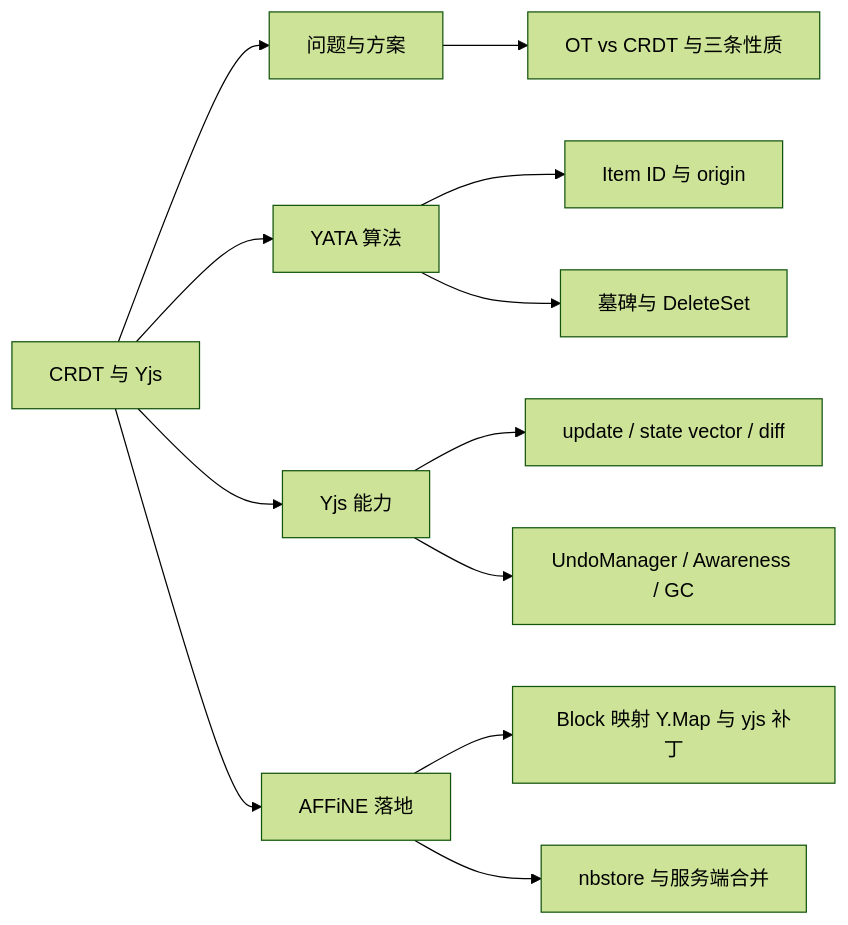
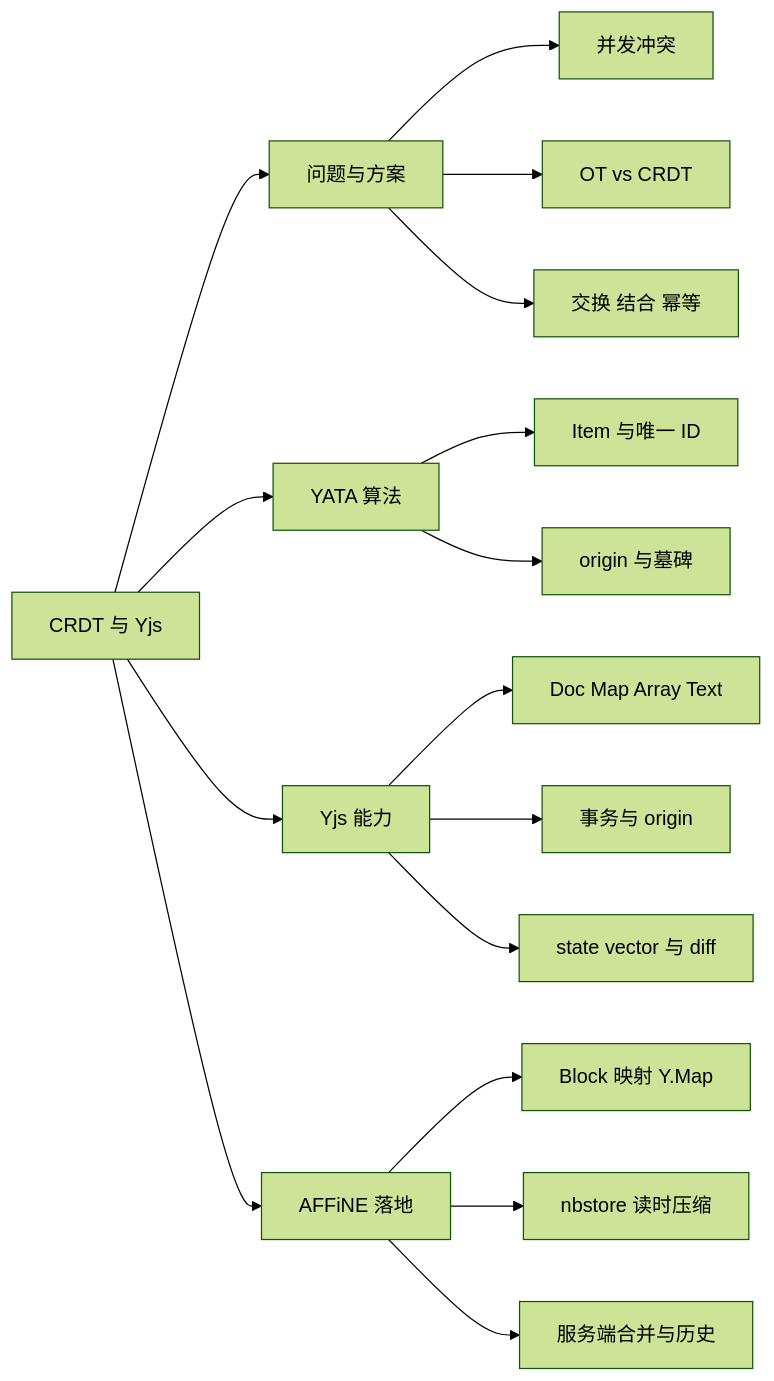
Before and after one commit to lfire/AFFiNE: the first of 6 diagrams in learning-guide/slides/decks/08.md, drawn with Mermaid (forest theme). The commit also changed other lines of this file and 46 other files, not shown here.

````diff
--- a/learning-guide/slides/decks/08.md
+++ b/learning-guide/slides/decks/08.md
@@ -44,14 +33,18 @@
 ```mermaid
 flowchart LR
-  Root[CRDT 与 Yjs] --> P[问题与方案]
-  Root --> Y[YATA 算法]
-  Root --> J[Yjs 能力]
-  Root --> F[AFFiNE 落地]
-  P --> P1["OT vs CRDT 与三条性质"]
-  Y --> Y1["Item ID 与 origin"]
-  Y --> Y2["墓碑与 DeleteSet"]
-  J --> J1["update / state vector / diff"]
-  J --> J2["UndoManager / Awareness / GC"]
-  F --> F1["Block 映射 Y.Map 与 yjs 补丁"]
-  F --> F3["nbstore 与服务端合并"]
+  ROOT["CRDT 与 Yjs"] --> P["问题与方案"]
+  ROOT --> Y["YATA 算法"]
+  ROOT --> API["Yjs 能力"]
+  ROOT --> AF["AFFiNE 落地"]
+  P --> P1["并发冲突"]
+  P --> P2["OT vs CRDT"]
+  P --> P3["交换 结合 幂等"]
+  Y --> Y1["Item 与唯一 ID"]
+  Y --> Y2["origin 与墓碑"]
+  API --> API1["Doc Map Array Text"]
+  API --> API2["事务与 origin"]
+  API --> API3["state vector 与 diff"]
+  AF --> AF1["Block 映射 Y.Map"]
+  AF --> AF2["nbstore 读时压缩"]
+  AF --> AF3["服务端合并与历史"]
 ```
````
